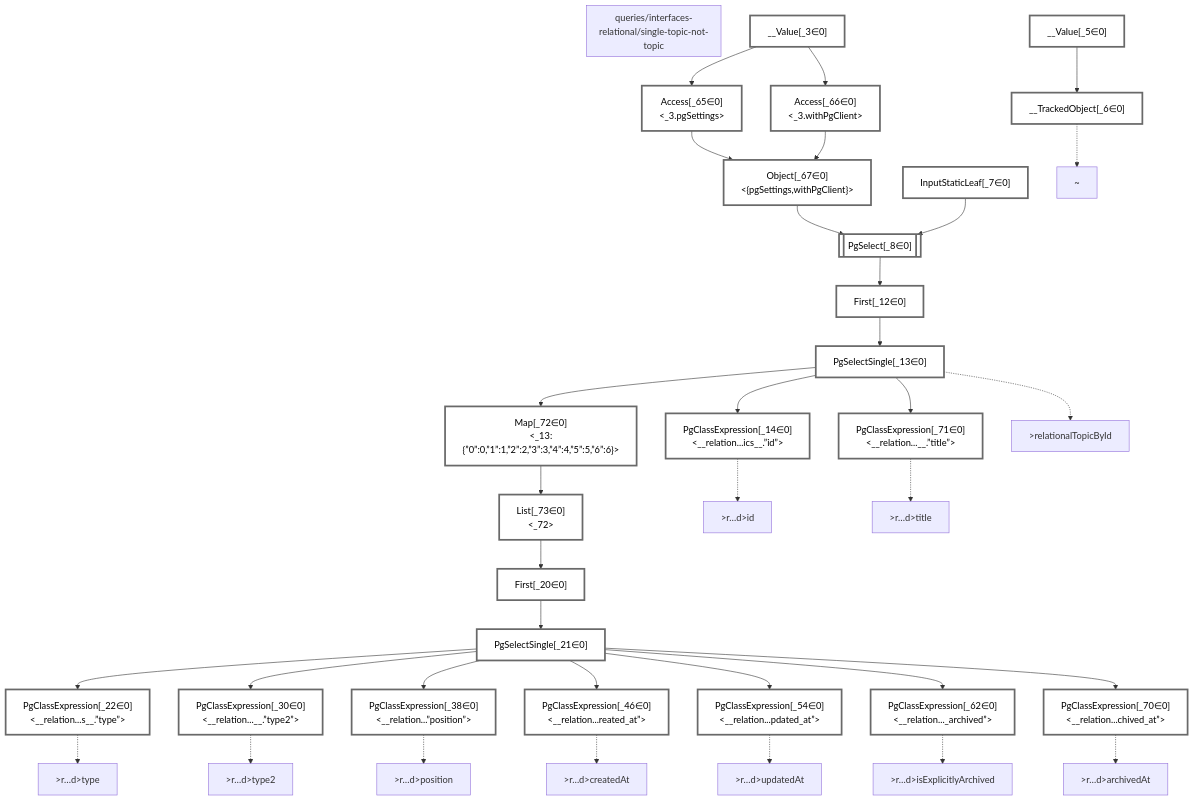
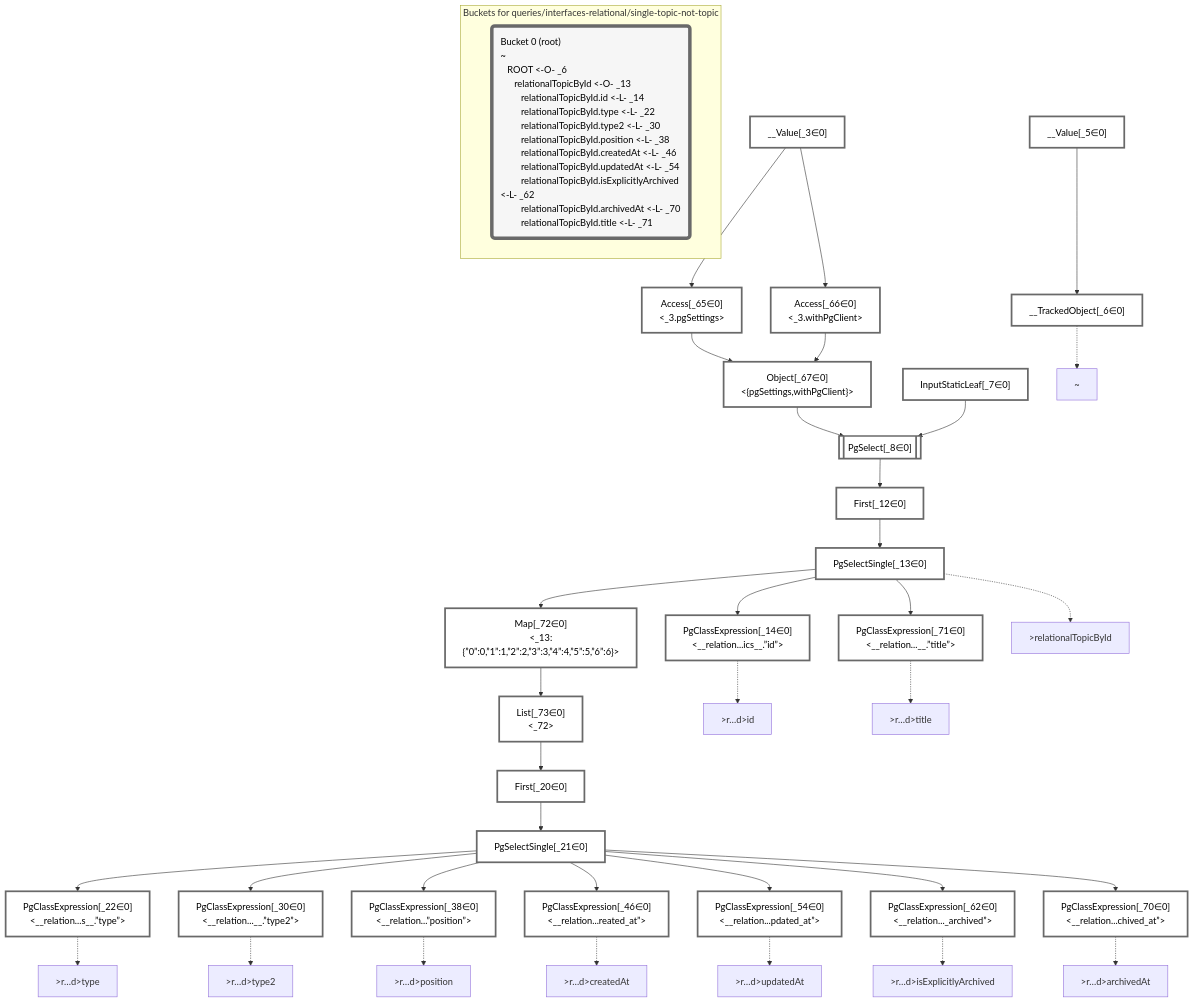
One commit to graphile/crystal changed the diagram in packages/dataplan-pg/__tests__/queries/interfaces-relational/single-topic-not-topic.deopt.mermaid.md. Above: the diagram before and after it, drawn with Mermaid. The commit also changed 37 other files, not shown here.

````diff
--- a/packages/dataplan-pg/__tests__/queries/interfaces-relational/single-topic-not-topic.deopt.mermaid.md
+++ b/packages/dataplan-pg/__tests__/queries/interfaces-relational/single-topic-not-topic.deopt.mermaid.md
@@ -1,7 +1,5 @@
 ```mermaid
 graph TD
-    subgraph "queries/interfaces-relational/single-topic-not-topic"
-    end
     classDef path fill:#eee,stroke:#000,color:#000
     classDef plan fill:#fff,stroke-width:3px,color:#000
     classDef itemplan fill:#fff,stroke-width:6px,color:#000
@@ -85,4 +83,9 @@
     %% allocate buckets
     classDef bucket0 stroke:#696969
     class __Value_3,__Value_5,__TrackedObject_6,InputStaticLeaf_7,PgSelect_8,First_12,PgSelectSingle_13,PgClassExpression_14,First_20,PgSelectSingle_21,PgClassExpression_22,PgClassExpression_30,PgClassExpression_38,PgClassExpression_46,PgClassExpression_54,PgClassExpression_62,Access_65,Access_66,Object_67,PgClassExpression_70,PgClassExpression_71,Map_72,List_73 bucket0
+
+    subgraph "Buckets for queries/interfaces-relational/single-topic-not-topic"
+    Bucket0("Bucket 0 (root)<br />~<br />⠀ROOT <-O- _6<br />⠀⠀relationalTopicById <-O- _13<br />⠀⠀⠀relationalTopicById.id <-L- _14<br />⠀⠀⠀relationalTopicById.type <-L- _22<br />⠀⠀⠀relationalTopicById.type2 <-L- _30<br />⠀⠀⠀relationalTopicById.position <-L- _38<br />⠀⠀⠀relationalTopicById.createdAt <-L- _46<br />⠀⠀⠀relationalTopicById.updatedAt <-L- _54<br />⠀⠀⠀relationalTopicById.isExplicitlyArchived <-L- _62<br />⠀⠀⠀relationalTopicById.archivedAt <-L- _70<br />⠀⠀⠀relationalTopicById.title <-L- _71"):::bucket
+    style Bucket0 stroke:#696969
+    end
 ```
````
